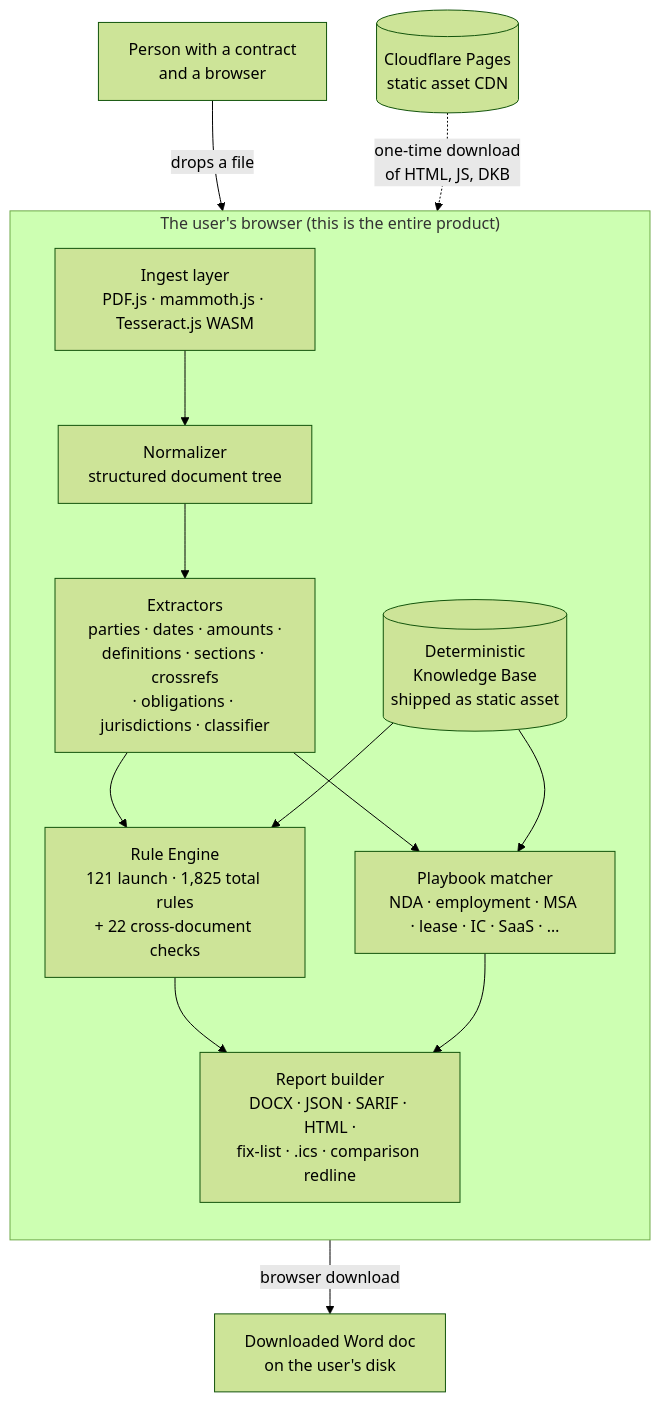
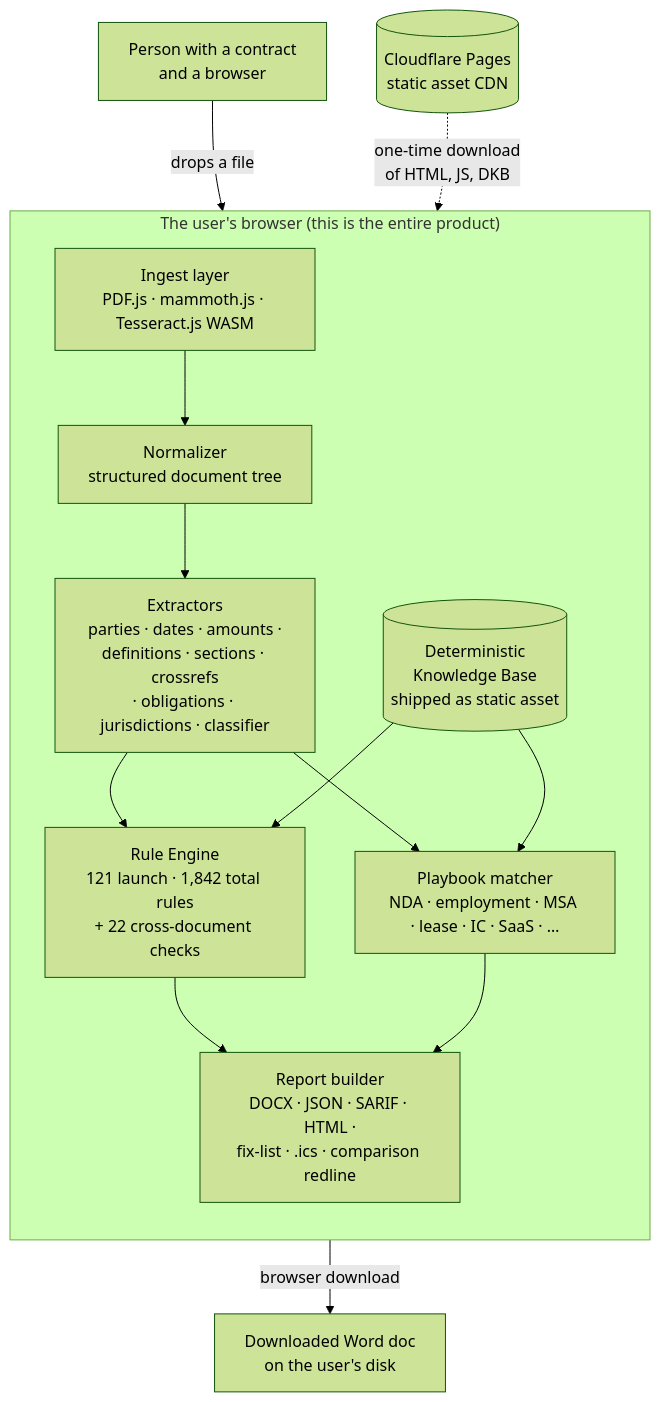
Before and after one commit to clay-good/vaulytica: the diagram in docs/architecture.md, drawn with Mermaid (forest theme). The commit also changed other lines of this file and 423 other files, not shown here.

````diff
--- a/docs/architecture.md
+++ b/docs/architecture.md
@@ -5,28 +5,28 @@
 ```mermaid
 flowchart TB
     user[Person with a contract<br/>and a browser]
 
     subgraph browser["The user's browser (this is the entire product)"]
         direction TB
         ingest[Ingest layer<br/>PDF.js · mammoth.js · Tesseract.js WASM]
         normalize[Normalizer<br/>structured document tree]
         extract[Extractors<br/>parties · dates · amounts ·<br/>definitions · sections · crossrefs<br/>· obligations · jurisdictions · classifier]
-        engine[Rule Engine<br/>121 launch · 1,825 total rules<br/>+ 22 cross-document checks]
+        engine[Rule Engine<br/>121 launch · 1,842 total rules<br/>+ 22 cross-document checks]
         playbook[Playbook matcher<br/>NDA · employment · MSA · lease · IC · SaaS · …]
         dkb[(Deterministic<br/>Knowledge Base<br/>shipped as static asset)]
         report[Report builder<br/>DOCX · JSON · SARIF · HTML ·<br/>fix-list · .ics · comparison redline]
     end
 
     cdn[(Cloudflare Pages<br/>static asset CDN)]
     download[Downloaded Word doc<br/>on the user's disk]
 
     user -- "drops a file" --> ingest
     cdn -. "one-time download<br/>of HTML, JS, DKB" .-> browser
     ingest --> normalize --> extract --> engine
     extract --> playbook
     dkb --> engine
     dkb --> playbook
     engine --> report
     playbook --> report
     report -- "browser download" --> download
 ```
````
